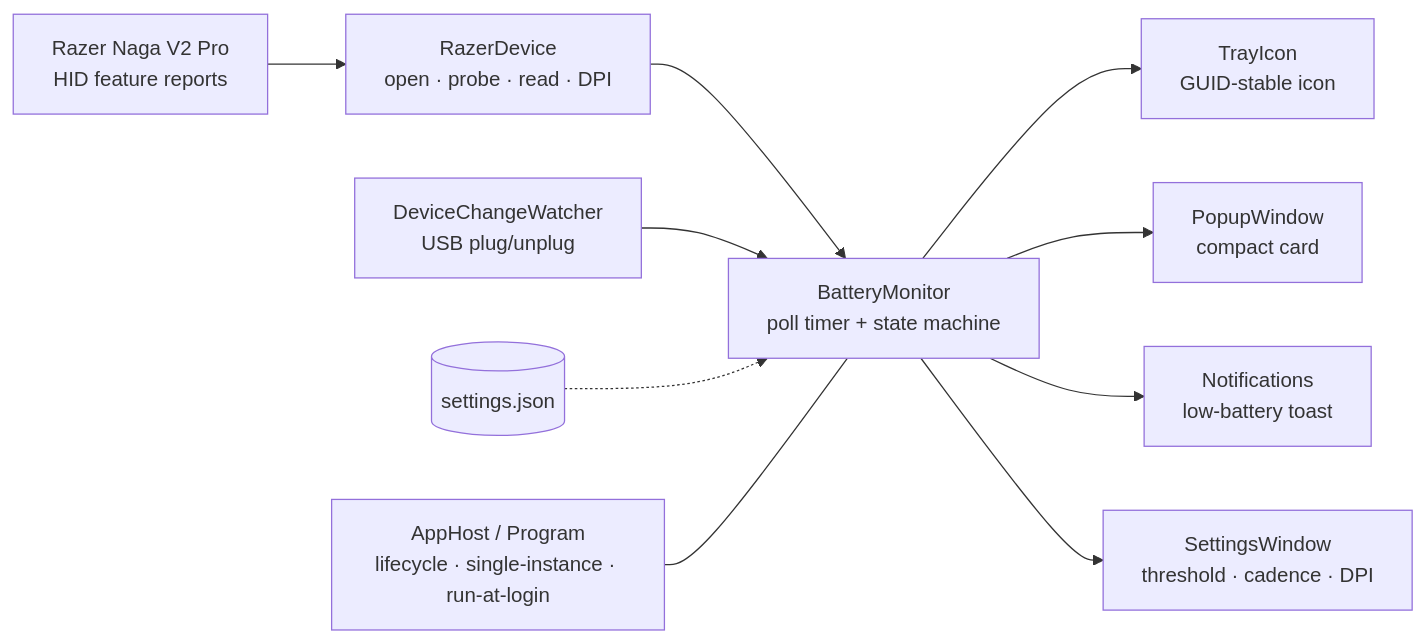
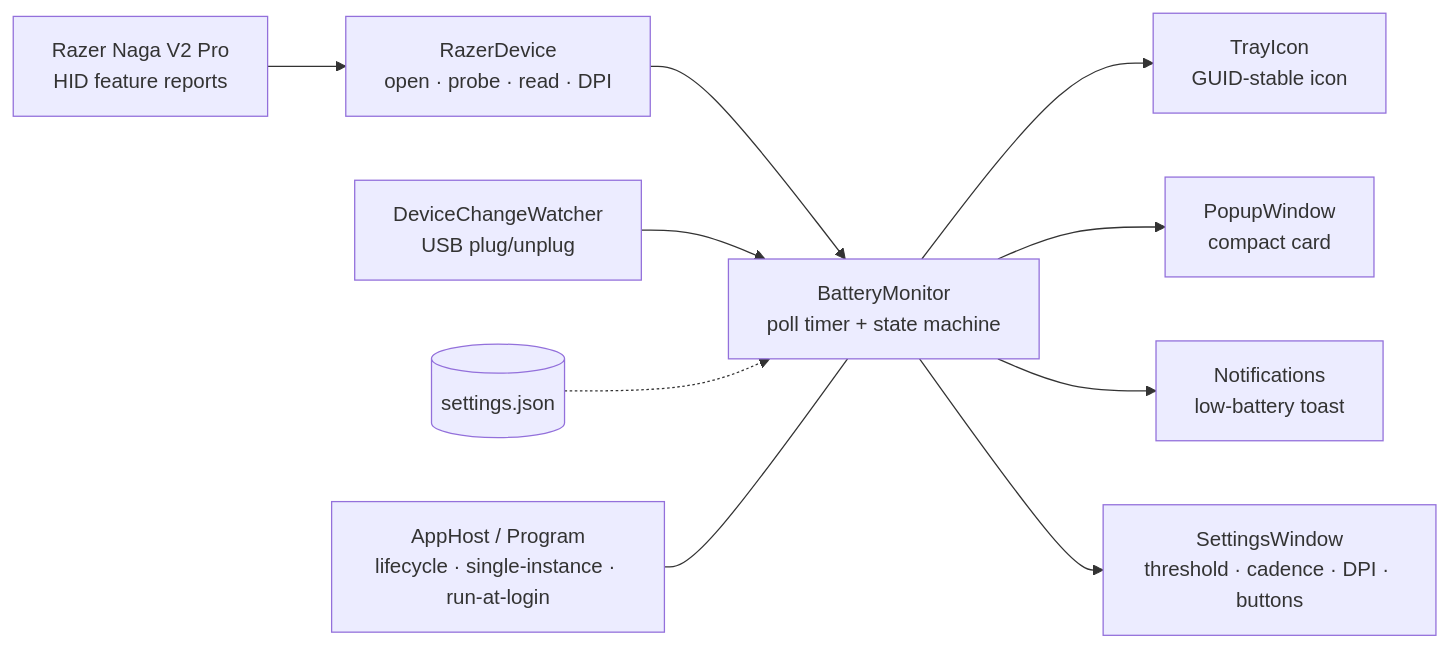
One commit to Bmwascher/razer-naga-companion changed the diagram in README.md. Above: the diagram before and after it, drawn with Mermaid. The commit also changed other lines of this file and 1 other file, not shown here.

````diff
--- a/README.md
+++ b/README.md
@@ -139,12 +145,12 @@
 ```mermaid
 flowchart LR
     HID["Razer Naga V2 Pro<br/>HID feature reports"] --> Dev["RazerDevice<br/>open · probe · read · DPI"]
     Dev --> Mon["BatteryMonitor<br/>poll timer + state machine"]
     Mon --> Tray["TrayIcon<br/>GUID-stable icon"]
     Mon --> Popup["PopupWindow<br/>compact card"]
     Mon --> Toast["Notifications<br/>low-battery toast"]
-    Mon --> Set["SettingsWindow<br/>threshold · cadence · DPI"]
+    Mon --> Set["SettingsWindow<br/>threshold · cadence · DPI · buttons"]
     DevChg["DeviceChangeWatcher<br/>USB plug/unplug"] --> Mon
     Cfg[("settings.json")] -.-> Mon
     Host["AppHost / Program<br/>lifecycle · single-instance · run-at-login"] --- Mon
 ```
````
